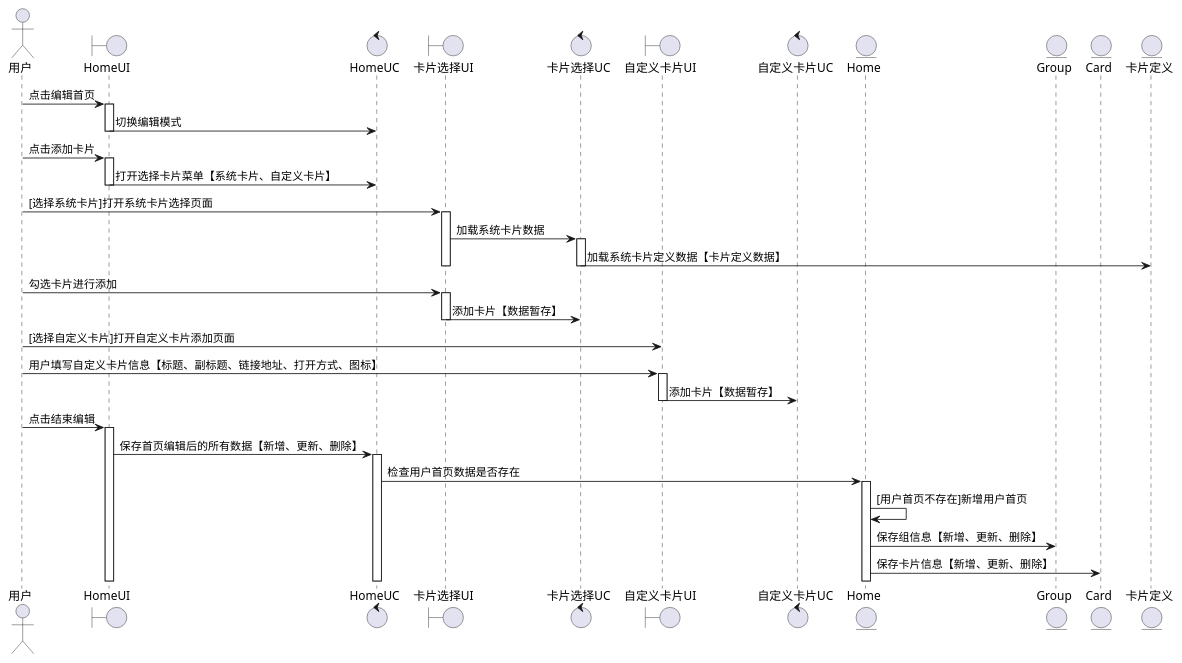
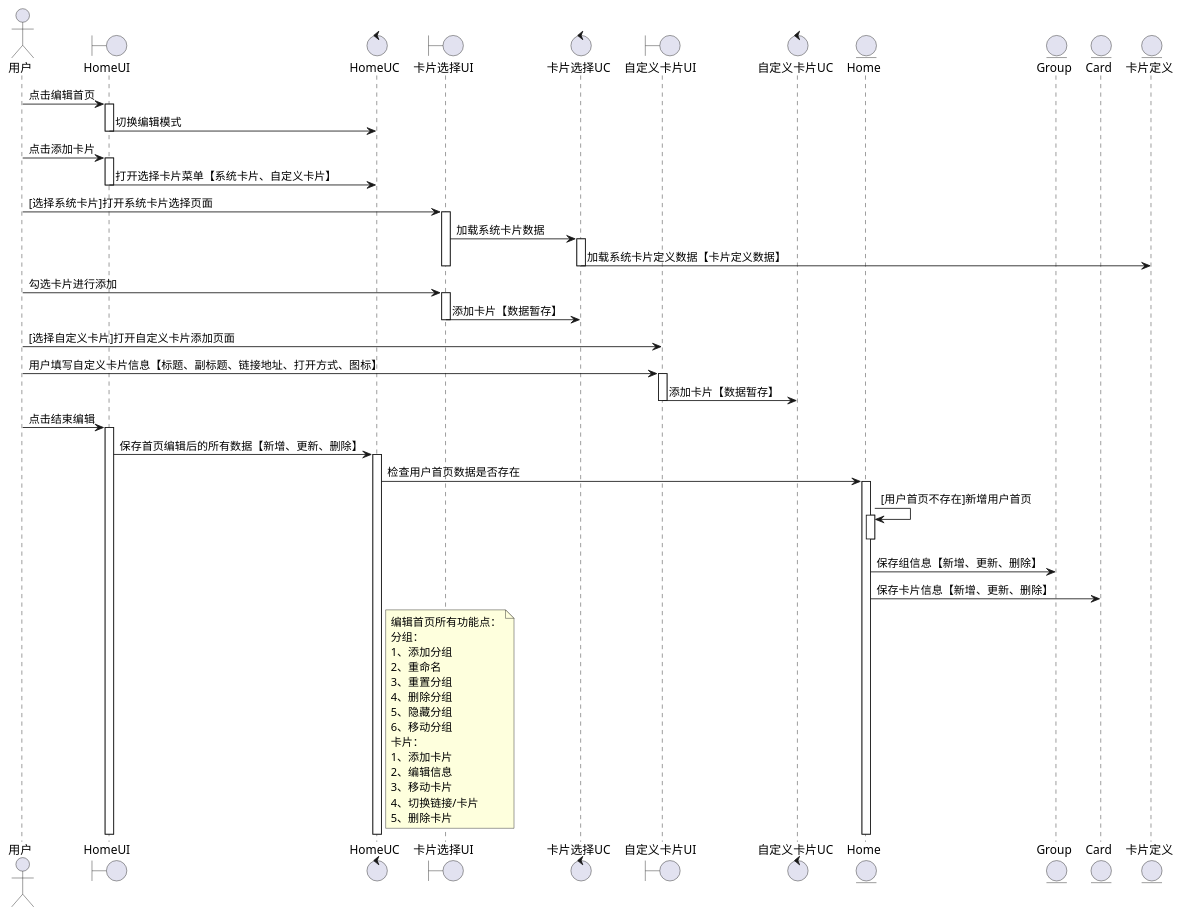
Before and after one commit to liuxd6825/dapr-go-ddd-sdk: the diagram in app/domain/sys/xuml-card/edit_home_workflow.puml, drawn with PlantUML. The commit also changed 3 other files, not shown here.

Commit message:
完善时序图

```diff
--- a/app/domain/sys/xuml-card/edit_home_workflow.puml
+++ b/app/domain/sys/xuml-card/edit_home_workflow.puml
@@ -1,55 +1,59 @@
 @startuml
 actor 用户 as user
-boundary HomeUI as homeui
-control HomeUC as homeuc
-boundary 卡片选择UI as selectui
-control 卡片选择UC as selectuc
-boundary 自定义卡片UI as customui
-control 自定义卡片UC as customuc
+boundary HomeUI as homeUI
+control HomeUC as homeUC
+boundary 卡片选择UI as selectUI
+control 卡片选择UC as selectUC
+boundary 自定义卡片UI as customUI
+control 自定义卡片UC as customUC
 entity Home as home
 entity Group as group
 entity Card as card
 entity 卡片定义 as cardFile
 
 
-user -> homeui : 点击编辑首页
-activate homeui
+user -> homeUI : 点击编辑首页
+activate homeUI
 
-homeui -> homeuc : 切换编辑模式
-deactivate homeui
+homeUI -> homeUC : 切换编辑模式
+deactivate homeUI
 
-user -> homeui : 点击添加卡片
-activate homeui
-homeui -> homeuc : 打开选择卡片菜单【系统卡片、自定义卡片】
+user -> homeUI : 点击添加卡片
+activate homeUI
+homeUI -> homeUC : 打开选择卡片菜单【系统卡片、自定义卡片】
 deactivate
 
-user -> selectui : [选择系统卡片]打开系统卡片选择页面
-activate selectui
-selectui -> selectuc : 加载系统卡片数据
-activate selectuc
-selectuc -> cardFile : 加载系统卡片定义数据【卡片定义数据】
-deactivate selectui
-deactivate selectuc
+user -> selectUI : [选择系统卡片]打开系统卡片选择页面
+activate selectUI
+selectUI -> selectUC : 加载系统卡片数据
+activate selectUC
+selectUC -> cardFile : 加载系统卡片定义数据【卡片定义数据】
+deactivate selectUI
+deactivate selectUC
 
-user -> selectui : 勾选卡片进行添加
-activate selectui
-selectui -> selectuc : 添加卡片【数据暂存】
-deactivate selectui
+user -> selectUI : 勾选卡片进行添加
+activate selectUI
+selectUI -> selectUC : 添加卡片【数据暂存】
+deactivate selectUI
 
-user -> customui : [选择自定义卡片]打开自定义卡片添加页面
-user -> customui : 用户填写自定义卡片信息【标题、副标题、链接地址、打开方式、图标】
-activate customui
-customui -> customuc : 添加卡片【数据暂存】
-deactivate customui
+user -> customUI : [选择自定义卡片]打开自定义卡片添加页面
+user -> customUI : 用户填写自定义卡片信息【标题、副标题、链接地址、打开方式、图标】
+activate customUI
+customUI -> customUC : 添加卡片【数据暂存】
+deactivate customUI
 
-user -> homeui : 点击结束编辑
-activate homeui
-homeui -> homeuc : 保存首页编辑后的所有数据【新增、更新、删除】
-activate homeuc
-homeuc -> home : 检查用户首页数据是否存在
+user -> homeUI : 点击结束编辑
+activate homeUI
+homeUI -> homeUC : 保存首页编辑后的所有数据【新增、更新、删除】
+activate homeUC
+homeUC -> home : 检查用户首页数据是否存在
 activate home
 home -> home : [用户首页不存在]新增用户首页
+activate home
+deactivate
 home -> group : 保存组信息【新增、更新、删除】
 home -> card : 保存卡片信息【新增、更新、删除】
 
+note right of homeUC : 编辑首页所有功能点：\n分组：\n1、添加分组\n2、重命名\n3、重置分组\n4、删除分组\n5、隐藏分组\n6、移动分组\n卡片：\n1、添加卡片\n2、编辑信息\n3、移动卡片\n4、切换链接/卡片\n5、删除卡片
+
 @enduml
```
